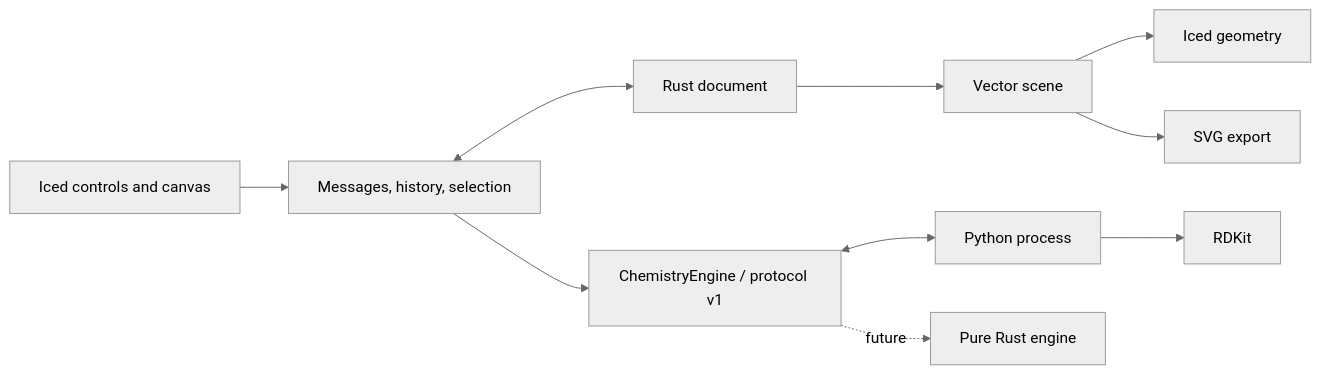
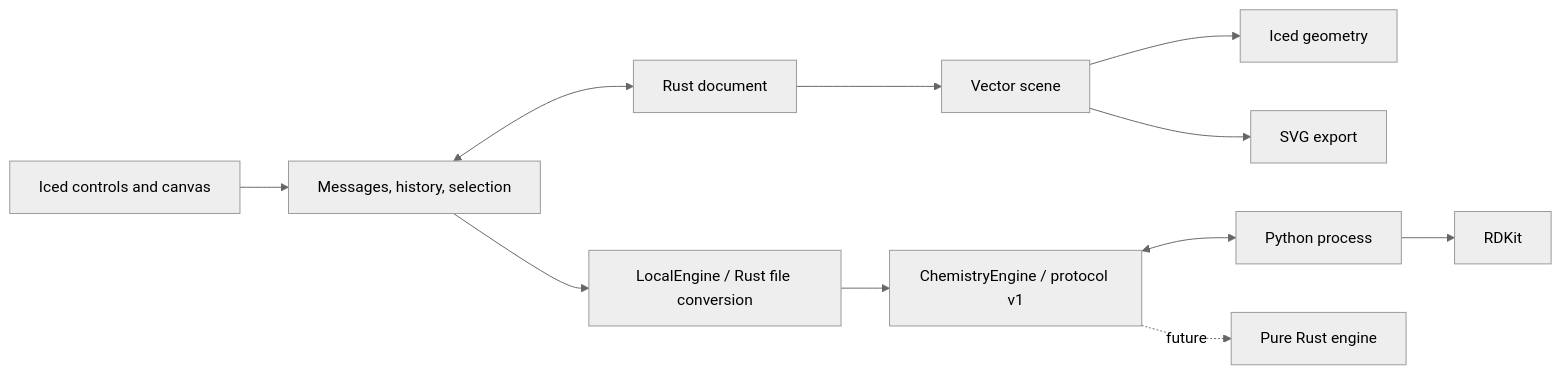
One commit to Ameyanagi/ReShiki changed the diagram in docs/architecture.md. Above: the diagram before and after it, drawn with Mermaid (neutral theme). The commit also changed other lines of this file and 52 other files, not shown here.

Commit message:
Migrate binary drawing conversion to safe Rust with differential tests

````diff
--- a/docs/architecture.md
+++ b/docs/architecture.md
@@ -5,12 +5,13 @@
 ```mermaid
 flowchart LR
     UI[Iced controls and canvas] --> App[Messages, history, selection]
     App <--> Doc[Rust document]
     Doc --> Scene[Vector scene]
     Scene --> Canvas[Iced geometry]
     Scene --> SVG[SVG export]
-    App --> Contract[ChemistryEngine / protocol v1]
+    App --> Local[LocalEngine / Rust file conversion]
+    Local --> Contract[ChemistryEngine / protocol v1]
     Contract <--> Worker[Python process]
     Worker --> RDKit[RDKit]
     Contract -. future .-> Rust[Pure Rust engine]
 ```
````
